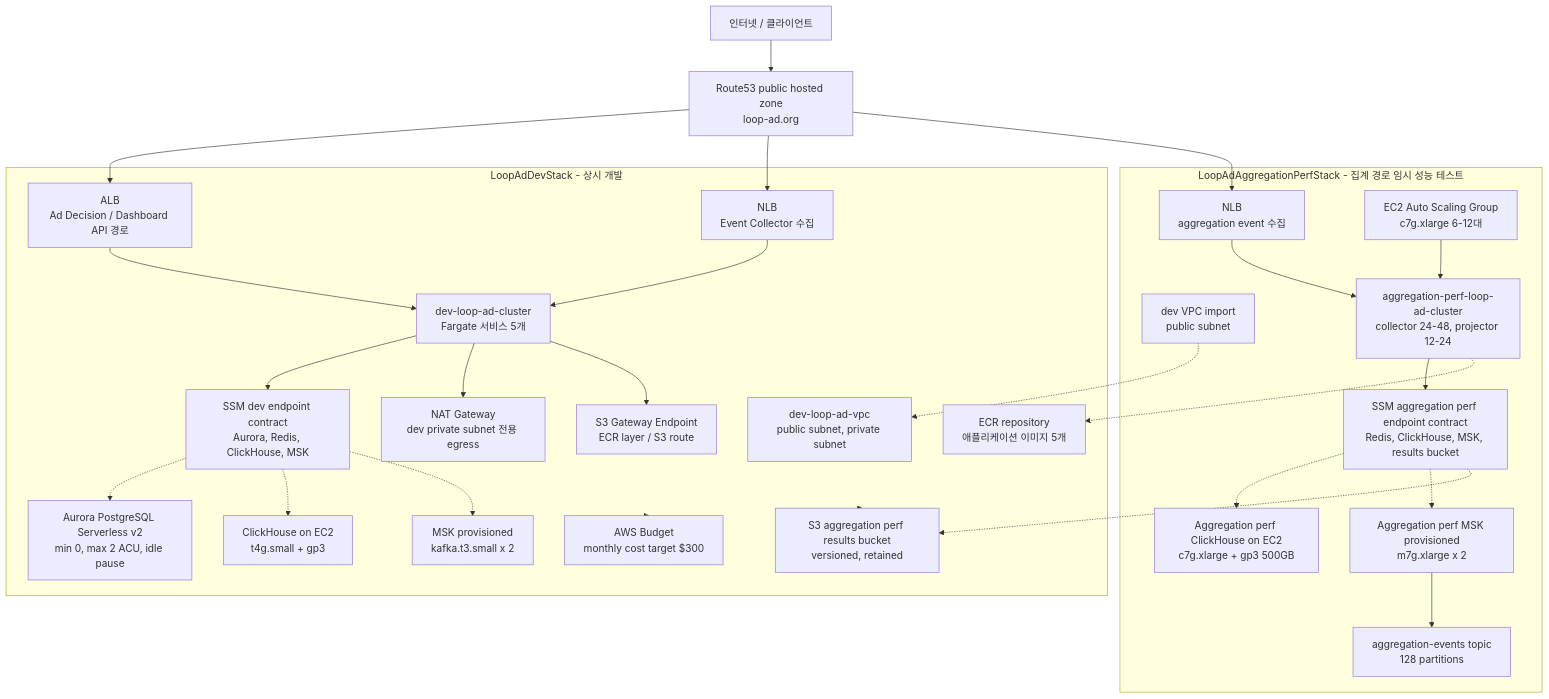
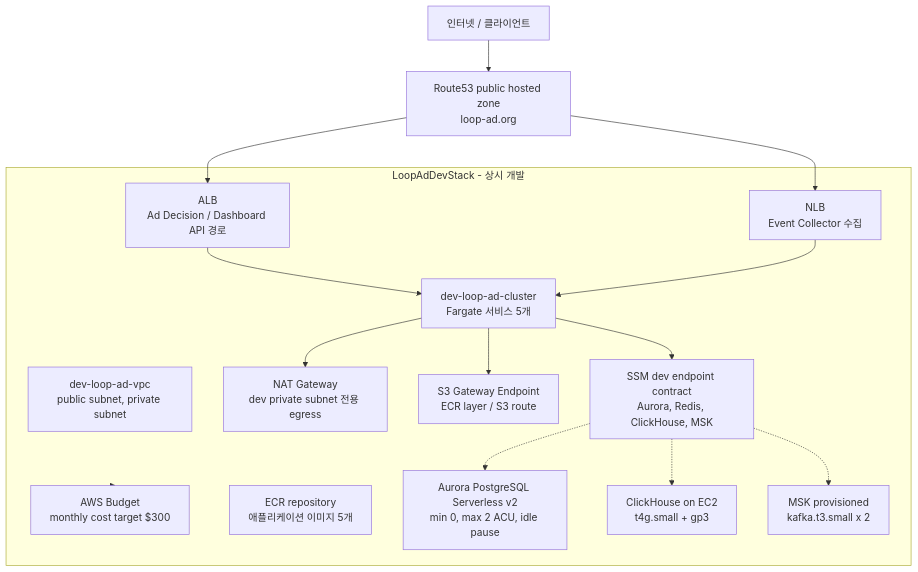
The diagram in README.md (krafton-jungle-project-4team/loop-ad_infra), drawn with Mermaid before and after one commit. The commit also changed other lines of this file and 11 other files, not shown here.

````diff
--- a/README.md
+++ b/README.md
@@ -37,58 +23,34 @@
 ```mermaid
 flowchart TB
     Internet["인터넷 / 클라이언트"]
     Route53["Route53 public hosted zone<br/>loop-ad.org"]
 
     subgraph DevStack["LoopAdDevStack - 상시 개발"]
         Vpc["dev-loop-ad-vpc<br/>public subnet, private subnet"]
         Nat["NAT Gateway<br/>dev private subnet 전용 egress"]
         S3Endpoint["S3 Gateway Endpoint<br/>ECR layer / S3 route"]
         Budget["AWS Budget<br/>monthly cost target $300"]
         Ecr["ECR repository<br/>애플리케이션 이미지 5개"]
-        AggregationPerfResultsBucket["S3 aggregation perf results bucket<br/>versioned, retained"]
         DevAlb["ALB<br/>Ad Decision / Dashboard API 경로"]
         DevNlb["NLB<br/>Event Collector 수집"]
         DevEcs["dev-loop-ad-cluster<br/>Fargate 서비스 5개"]
         DevContracts["SSM dev endpoint contract<br/>Aurora, Redis, ClickHouse, MSK"]
         Aurora["Aurora PostgreSQL Serverless v2<br/>min 0, max 2 ACU, idle pause"]
         ClickHouse["ClickHouse on EC2<br/>t4g.small + gp3"]
         Msk["MSK provisioned<br/>kafka.t3.small x 2"]
     end
 
-    subgraph AggregationPerfStack["LoopAdAggregationPerfStack - 집계 경로 임시 성능 테스트"]
-        AggregationPerfImport["dev VPC import<br/>public subnet"]
-        AggregationPerfNlb["NLB<br/>aggregation event 수집"]
-        AggregationPerfCapacity["EC2 Auto Scaling Group<br/>c7g.xlarge 6-12대"]
-        AggregationPerfEcs["aggregation-perf-loop-ad-cluster<br/>collector 24-48, projector 12-24"]
-        AggregationPerfClickHouse["Aggregation perf ClickHouse on EC2<br/>c7g.xlarge + gp3 500GB"]
-        AggregationPerfMsk["Aggregation perf MSK provisioned<br/>m7g.xlarge x 2"]
-        AggregationPerfTopic["aggregation-events topic<br/>128 partitions"]
-        AggregationPerfContracts["SSM aggregation perf endpoint contract<br/>Redis, ClickHouse, MSK, results bucket"]
-    end
-
     Internet --> Route53
     Route53 --> DevAlb
     Route53 --> DevNlb
-    Route53 --> AggregationPerfNlb
 
     DevAlb --> DevEcs
     DevNlb --> DevEcs
     DevEcs --> DevContracts
     DevEcs --> Nat
     DevEcs --> S3Endpoint
     DevContracts -.-> Aurora
     DevContracts -.-> ClickHouse
     DevContracts -.-> Msk
     DevStack --> Budget
-    DevStack --> AggregationPerfResultsBucket
-
-    AggregationPerfImport -.-> Vpc
-    AggregationPerfNlb --> AggregationPerfEcs
-    AggregationPerfCapacity --> AggregationPerfEcs
-    AggregationPerfEcs --> AggregationPerfContracts
-    AggregationPerfContracts -.-> AggregationPerfClickHouse
-    AggregationPerfContracts -.-> AggregationPerfMsk
-    AggregationPerfContracts -.-> AggregationPerfResultsBucket
-    AggregationPerfMsk --> AggregationPerfTopic
-    AggregationPerfEcs -.-> Ecr
 ```
````
